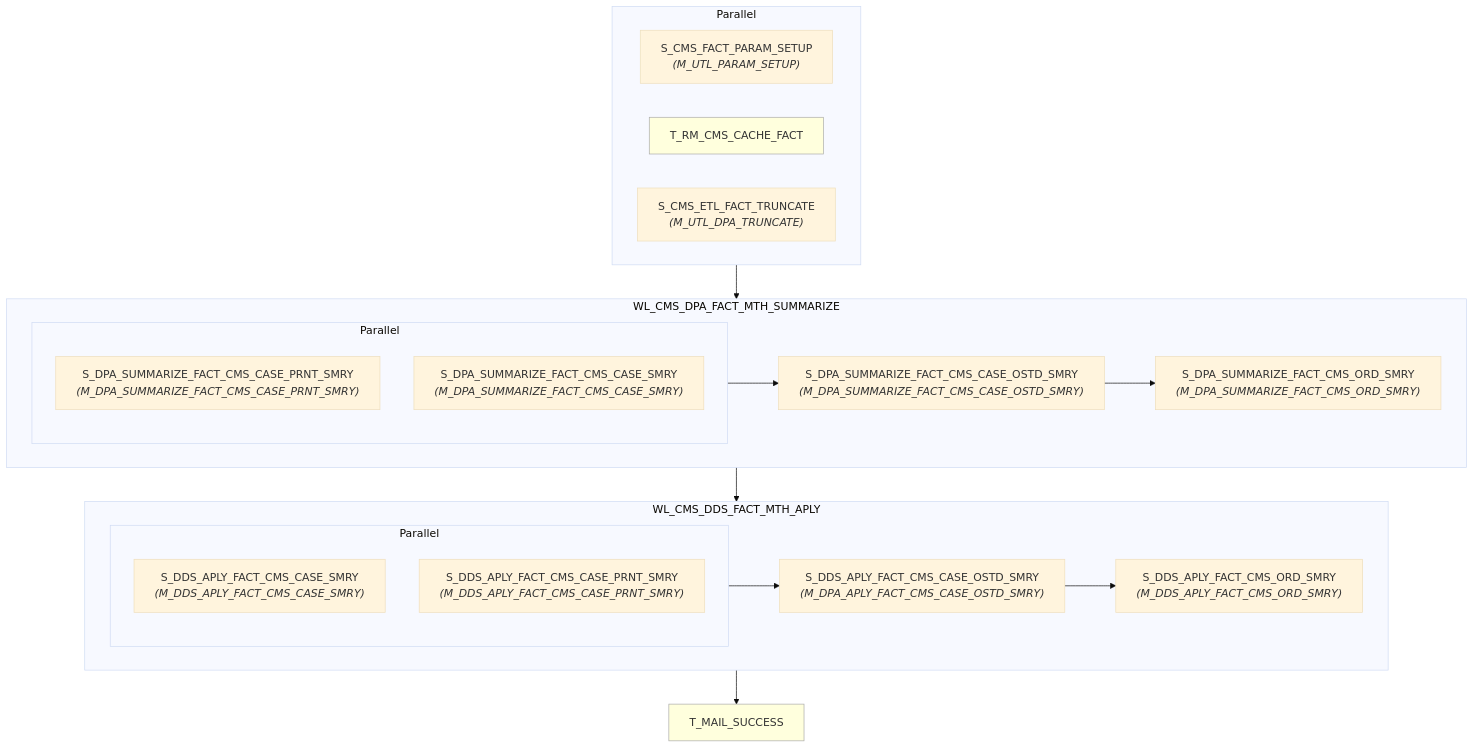
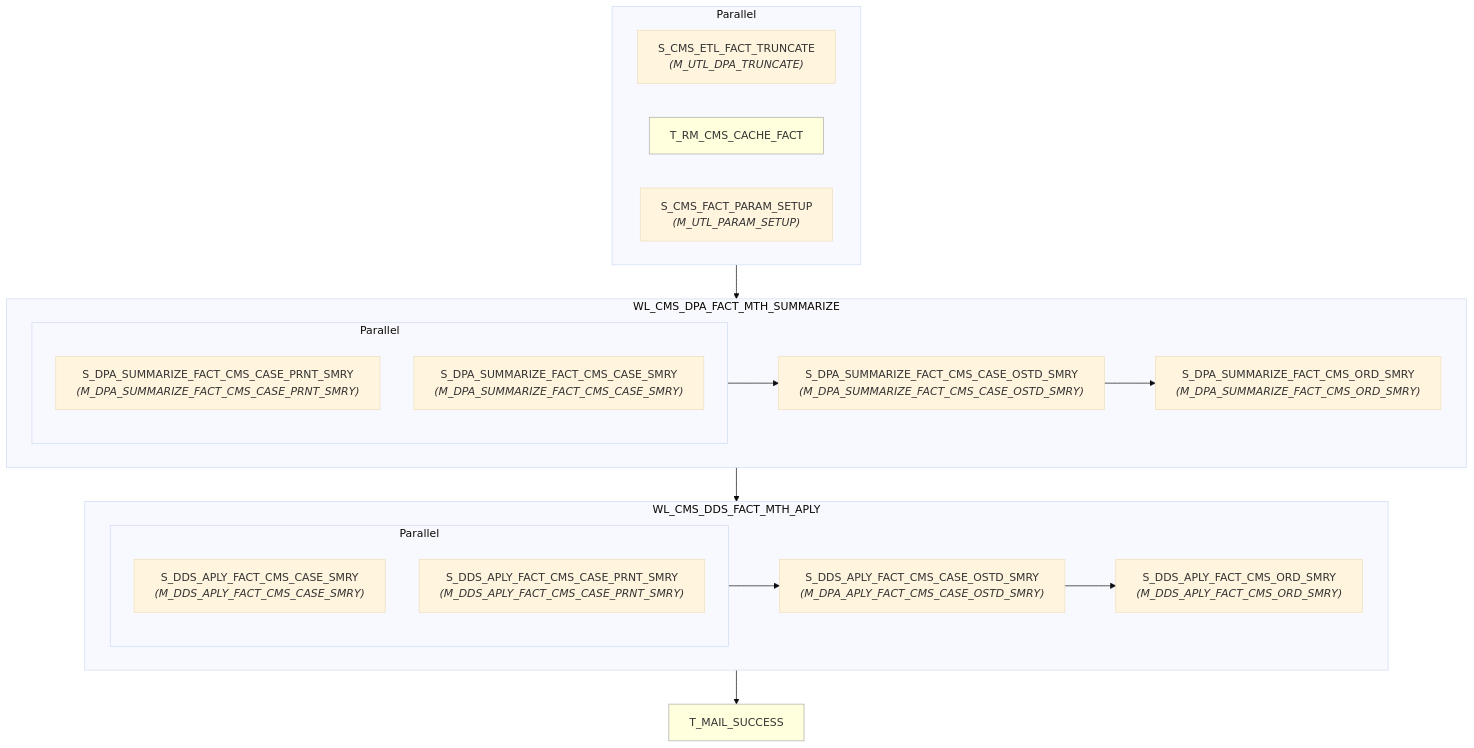
Before and after one commit to asl-adamxu/informatica-sparker-poc: the diagram in informatica/PowerCenter_workflows/dds/WF_CMS_DDS_APLY_MTH_SPARK/wf_cms_dds_aply_mth.md, drawn with Mermaid (base theme). The commit also changed 3 other files, not shown here.

````diff
--- a/informatica/PowerCenter_workflows/dds/WF_CMS_DDS_APLY_MTH_SPARK/wf_cms_dds_aply_mth.md
+++ b/informatica/PowerCenter_workflows/dds/WF_CMS_DDS_APLY_MTH_SPARK/wf_cms_dds_aply_mth.md
@@ -7,41 +7,41 @@
 ```mermaid
 flowchart TD
-    n1["S_CMS_FACT_PARAM_SETUP<br/><i>(M_UTL_PARAM_SETUP)</i>"]
+    n1["S_CMS_ETL_FACT_TRUNCATE<br/><i>(M_UTL_DPA_TRUNCATE)</i>"]
     n2["T_RM_CMS_CACHE_FACT"]
     style n2 fill:#ffd,stroke:#aaa,stroke-width:1px
-    n3["S_CMS_ETL_FACT_TRUNCATE<br/><i>(M_UTL_DPA_TRUNCATE)</i>"]
+    n3["S_CMS_FACT_PARAM_SETUP<br/><i>(M_UTL_PARAM_SETUP)</i>"]
     subgraph pg4[Parallel]
         n1
         n2
         n3
     end
     subgraph wkl5["WL_CMS_DPA_FACT_MTH_SUMMARIZE"]
     n6["S_DPA_SUMMARIZE_FACT_CMS_CASE_PRNT_SMRY<br/><i>(M_DPA_SUMMARIZE_FACT_CMS_CASE_PRNT_SMRY)</i>"]
     n7["S_DPA_SUMMARIZE_FACT_CMS_CASE_SMRY<br/><i>(M_DPA_SUMMARIZE_FACT_CMS_CASE_SMRY)</i>"]
     subgraph pg8[Parallel]
         n6
         n7
     end
     n9["S_DPA_SUMMARIZE_FACT_CMS_CASE_OSTD_SMRY<br/><i>(M_DPA_SUMMARIZE_FACT_CMS_CASE_OSTD_SMRY)</i>"]
     n10["S_DPA_SUMMARIZE_FACT_CMS_ORD_SMRY<br/><i>(M_DPA_SUMMARIZE_FACT_CMS_ORD_SMRY)</i>"]
         pg8 --> n9
         n9 --> n10
     end
     subgraph wkl11["WL_CMS_DDS_FACT_MTH_APLY"]
     n12["S_DDS_APLY_FACT_CMS_CASE_SMRY<br/><i>(M_DDS_APLY_FACT_CMS_CASE_SMRY)</i>"]
     n13["S_DDS_APLY_FACT_CMS_CASE_PRNT_SMRY<br/><i>(M_DDS_APLY_FACT_CMS_CASE_PRNT_SMRY)</i>"]
     subgraph pg14[Parallel]
         n12
         n13
     end
     n15["S_DDS_APLY_FACT_CMS_CASE_OSTD_SMRY<br/><i>(M_DPA_APLY_FACT_CMS_CASE_OSTD_SMRY)</i>"]
     n16["S_DDS_APLY_FACT_CMS_ORD_SMRY<br/><i>(M_DDS_APLY_FACT_CMS_ORD_SMRY)</i>"]
         pg14 --> n15
         n15 --> n16
     end
     n17["T_MAIL_SUCCESS"]
     style n17 fill:#ffd,stroke:#aaa,stroke-width:1px
     pg4 --> wkl5
     wkl5 --> wkl11
     wkl11 --> n17
 ```
````
